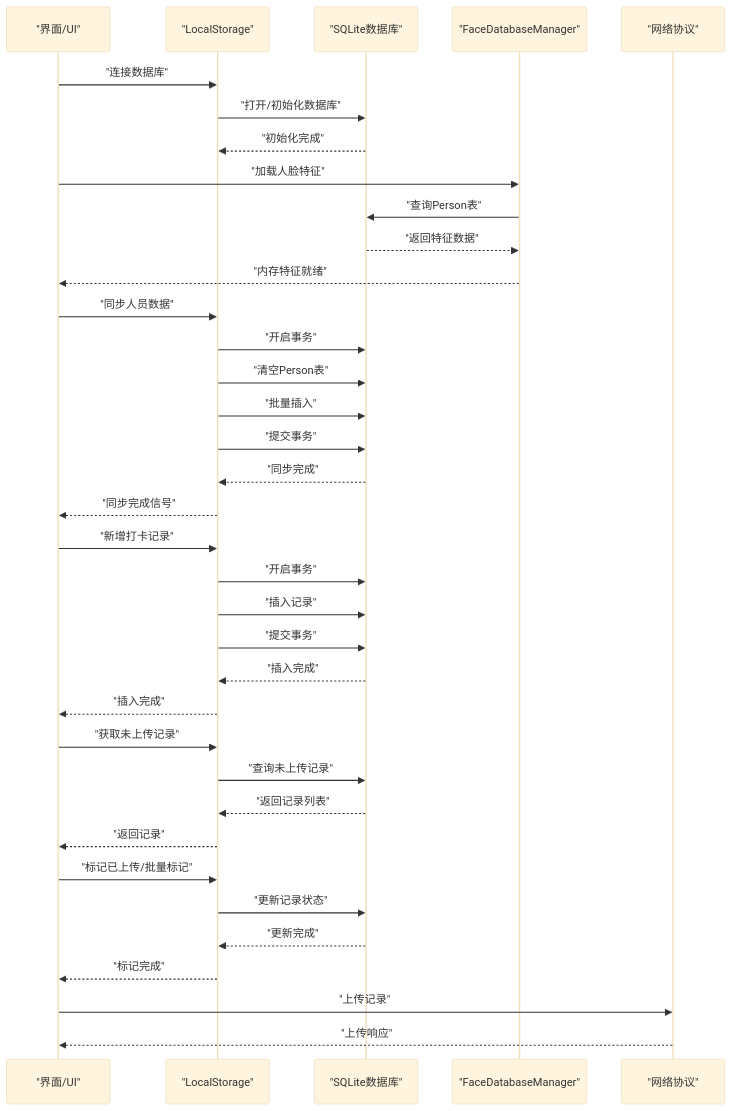
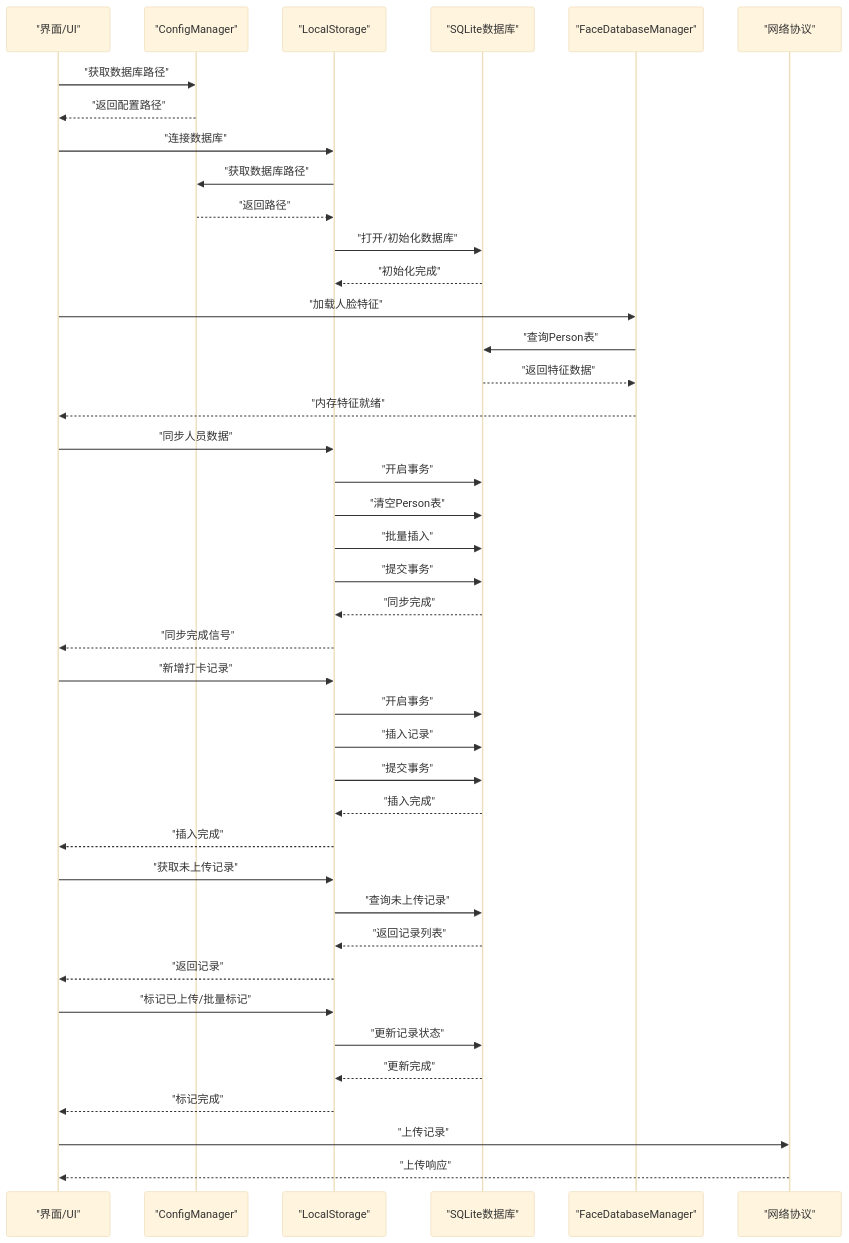
The second of 8 diagrams in .qoder/repowiki/zh/content/核心模块/本地存储模块.md (HeQiTZD/Triple-terminal-Attendance-Punching-System), drawn with Mermaid (base theme) before and after one commit. The commit also changed other lines of this file and 44 other files, not shown here.

````diff
--- a/.qoder/repowiki/zh/content/核心模块/本地存储模块.md
+++ b/.qoder/repowiki/zh/content/核心模块/本地存储模块.md
@@ -86,38 +100,43 @@
 ```mermaid
 sequenceDiagram
 participant UI as "界面/UI"
+participant CFG as "ConfigManager"
 participant LS as "LocalStorage"
 participant DB as "SQLite数据库"
 participant FRM as "FaceDatabaseManager"
 participant NET as "网络协议"
+UI->>CFG : "获取数据库路径"
+CFG-->>UI : "返回配置路径"
 UI->>LS : "连接数据库"
+LS->>CFG : "获取数据库路径"
+CFG-->>LS : "返回路径"
 LS->>DB : "打开/初始化数据库"
 DB-->>LS : "初始化完成"
 UI->>FRM : "加载人脸特征"
 FRM->>DB : "查询Person表"
 DB-->>FRM : "返回特征数据"
 FRM-->>UI : "内存特征就绪"
 UI->>LS : "同步人员数据"
 LS->>DB : "开启事务"
 LS->>DB : "清空Person表"
 LS->>DB : "批量插入"
 LS->>DB : "提交事务"
 DB-->>LS : "同步完成"
 LS-->>UI : "同步完成信号"
 UI->>LS : "新增打卡记录"
 LS->>DB : "开启事务"
 LS->>DB : "插入记录"
 LS->>DB : "提交事务"
 DB-->>LS : "插入完成"
 LS-->>UI : "插入完成"
 UI->>LS : "获取未上传记录"
 LS->>DB : "查询未上传记录"
 DB-->>LS : "返回记录列表"
 LS-->>UI : "返回记录"
 UI->>LS : "标记已上传/批量标记"
 LS->>DB : "更新记录状态"
 DB-->>LS : "更新完成"
 LS-->>UI : "标记完成"
 UI->>NET : "上传记录"
 NET-->>UI : "上传响应"
 ```
````
